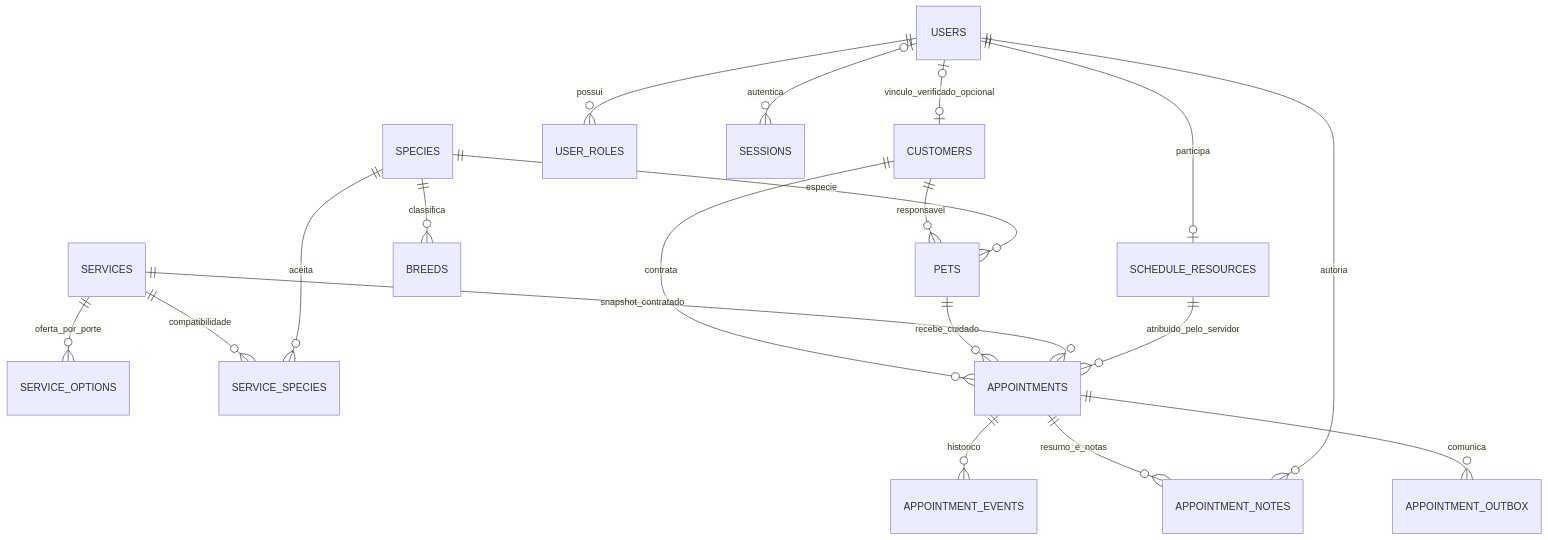
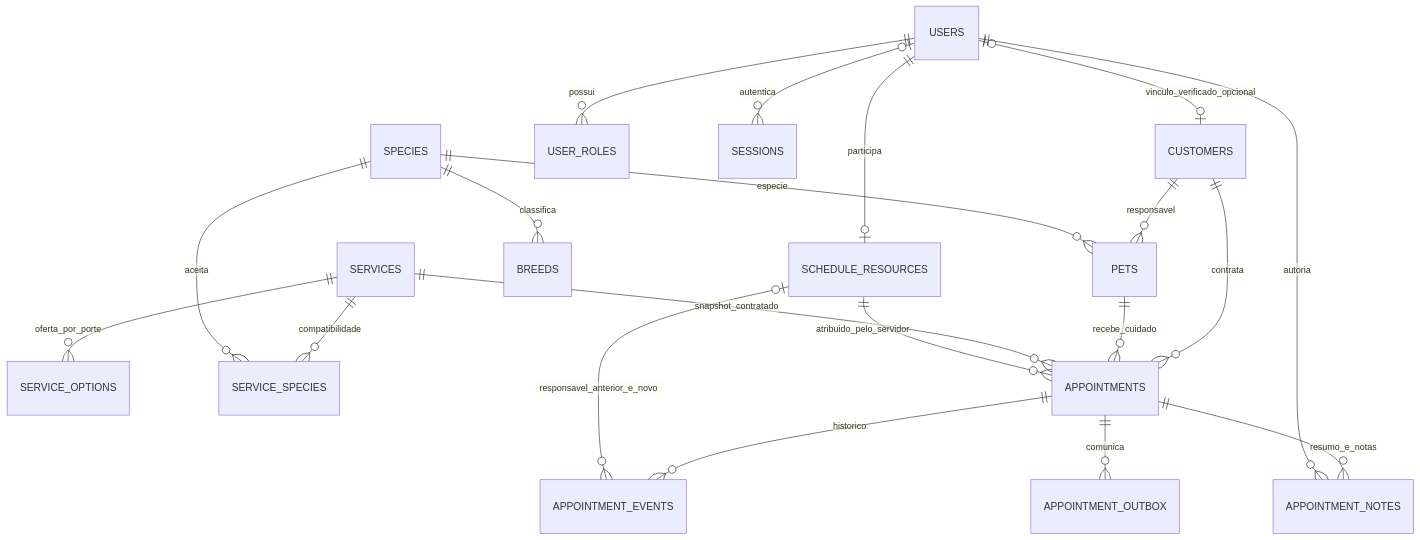
The diagram in docs/architecture/data-model.md (O-marqs/petland-2.0), drawn with Mermaid before and after one commit. The commit also changed other lines of this file and 47 other files, not shown here.

Commit message:
docs: consolidate PetLand product, UX and architecture for portfolio review

````diff
--- a/docs/architecture/data-model.md
+++ b/docs/architecture/data-model.md
@@ -5,21 +5,22 @@
 ```mermaid
 erDiagram
   USERS o|--o| CUSTOMERS : vinculo_verificado_opcional
   USERS ||--o{ USER_ROLES : possui
   USERS o|--o{ SESSIONS : autentica
   USERS ||--o| SCHEDULE_RESOURCES : participa
   CUSTOMERS ||--o{ PETS : responsavel
   SPECIES ||--o{ BREEDS : classifica
   SPECIES ||--o{ PETS : especie
   SERVICES ||--o{ SERVICE_OPTIONS : oferta_por_porte
   SERVICES ||--o{ SERVICE_SPECIES : compatibilidade
   SPECIES ||--o{ SERVICE_SPECIES : aceita
   CUSTOMERS ||--o{ APPOINTMENTS : contrata
   PETS ||--o{ APPOINTMENTS : recebe_cuidado
   SERVICES ||--o{ APPOINTMENTS : snapshot_contratado
   SCHEDULE_RESOURCES ||--o{ APPOINTMENTS : atribuido_pelo_servidor
   APPOINTMENTS ||--o{ APPOINTMENT_EVENTS : historico
   APPOINTMENTS ||--o{ APPOINTMENT_NOTES : resumo_e_notas
   USERS ||--o{ APPOINTMENT_NOTES : autoria
   APPOINTMENTS ||--o{ APPOINTMENT_OUTBOX : comunica
+  SCHEDULE_RESOURCES o|--o{ APPOINTMENT_EVENTS : responsavel_anterior_e_novo
 ```
````
